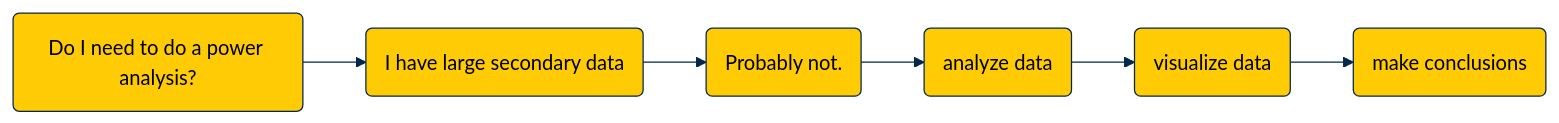
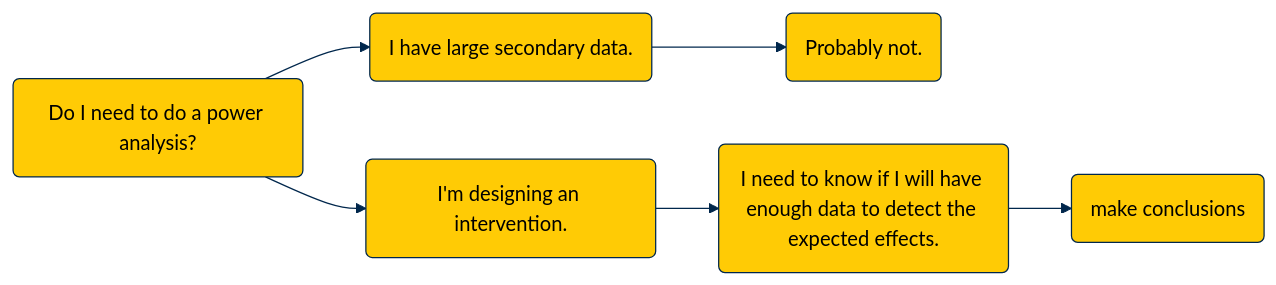
One commit to agrogan1/teaching changed the diagram in power-analysis/README.md. Above: the diagram before and after it, drawn with Mermaid.

````diff
--- a/power-analysis/README.md
+++ b/power-analysis/README.md
@@ -3,24 +3,24 @@
 ```mermaid
 %%{
   init: {
     'theme': 'base',
     'themeVariables': {
       'primaryColor': '#FFCB05',
       'primaryTextColor': '#000000',
       'primaryBorderColor': '#00274C',
       'lineColor': '#00274C',
       'secondaryColor': '#00274C',
       'secondaryTextColor': '#000000',
       'tertiaryColor': '#F2F2F2',
       'tertiaryBorderColor': '#00274C'
     }
   }
 }%%
 
 flowchart LR
-  A(Do I need to do a power analysis?) --> B(I have large secondary data)
+  A(Do I need to do a power analysis?) --> B(I have large secondary data.)
   B --> C(Probably not.) 
-  C --> D(analyze data)
-  D --> E(visualize data)
+  A --> D(I'm designing an intervention.)
+  D --> E(I need to know if I will have enough data to detect the expected effects.)
   E --> F(make conclusions)
 ```
````
